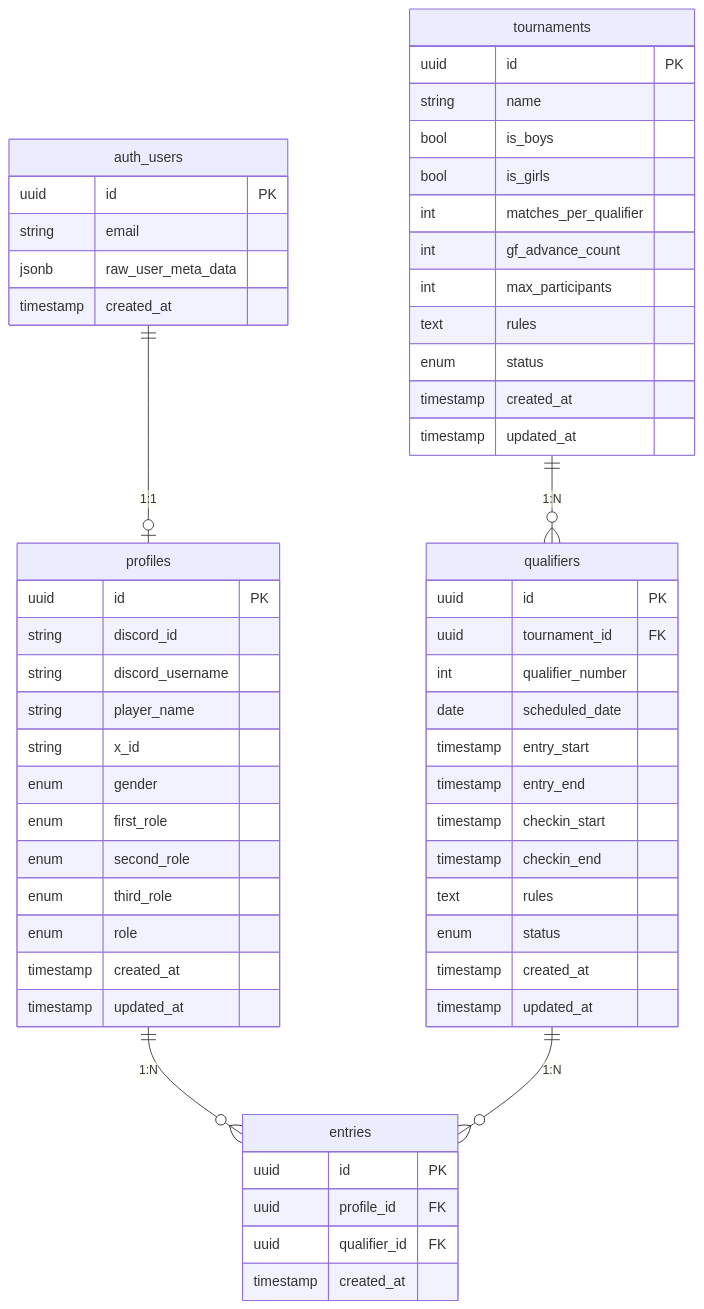
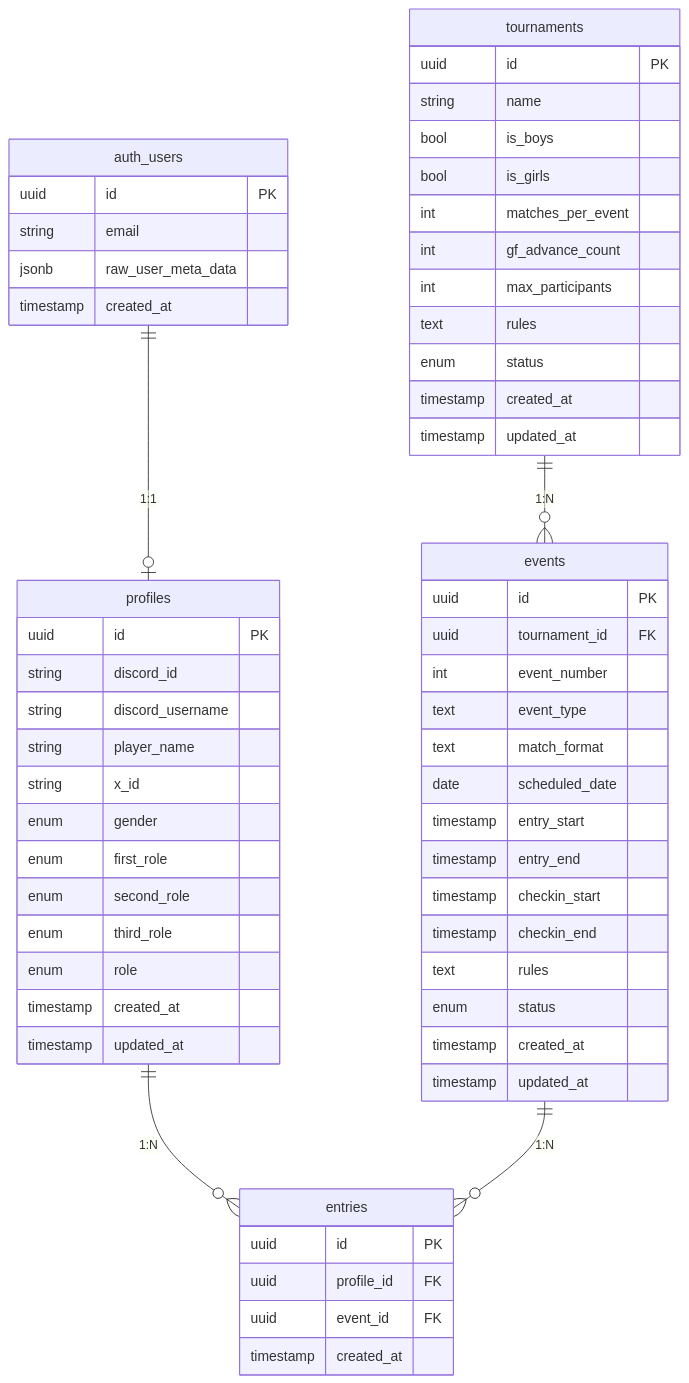
One commit to juv-shun/JiroRimi changed the diagram in docs/database_design.md. Above: the diagram before and after it, drawn with Mermaid. The commit also changed other lines of this file and 8 other files, not shown here.

First line of the commit message:
feat: qualifiers → events リネーム + event_type/match_format 追加

````diff
--- a/docs/database_design.md
+++ b/docs/database_design.md
@@ -9,65 +9,67 @@
 ```mermaid
 erDiagram
     auth_users ||--o| profiles : "1:1"
     profiles ||--o{ entries : "1:N"
-    tournaments ||--o{ qualifiers : "1:N"
-    qualifiers ||--o{ entries : "1:N"
+    tournaments ||--o{ events : "1:N"
+    events ||--o{ entries : "1:N"
 
     auth_users {
         uuid id PK
         string email
         jsonb raw_user_meta_data
         timestamp created_at
     }
 
     profiles {
         uuid id PK
         string discord_id
         string discord_username
         string player_name
         string x_id
         enum gender
         enum first_role
         enum second_role
         enum third_role
         enum role
         timestamp created_at
         timestamp updated_at
     }
 
     tournaments {
         uuid id PK
         string name
         bool is_boys
         bool is_girls
-        int matches_per_qualifier
+        int matches_per_event
         int gf_advance_count
         int max_participants
         text rules
         enum status
         timestamp created_at
         timestamp updated_at
     }
 
-    qualifiers {
+    events {
         uuid id PK
         uuid tournament_id FK
-        int qualifier_number
+        int event_number
+        text event_type
+        text match_format
         date scheduled_date
         timestamp entry_start
         timestamp entry_end
         timestamp checkin_start
         timestamp checkin_end
         text rules
         enum status
         timestamp created_at
         timestamp updated_at
     }
 
     entries {
         uuid id PK
         uuid profile_id FK
-        uuid qualifier_id FK
+        uuid event_id FK
         timestamp created_at
     }
 ```
````
